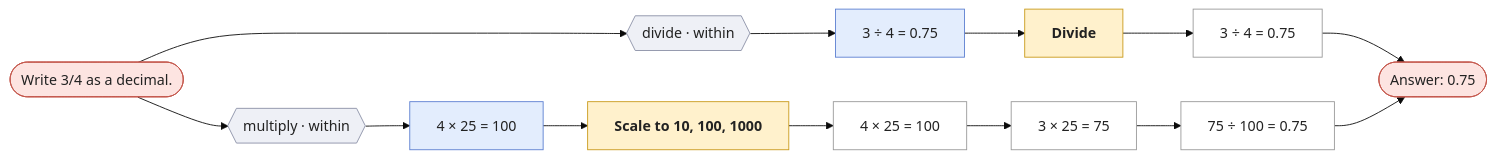
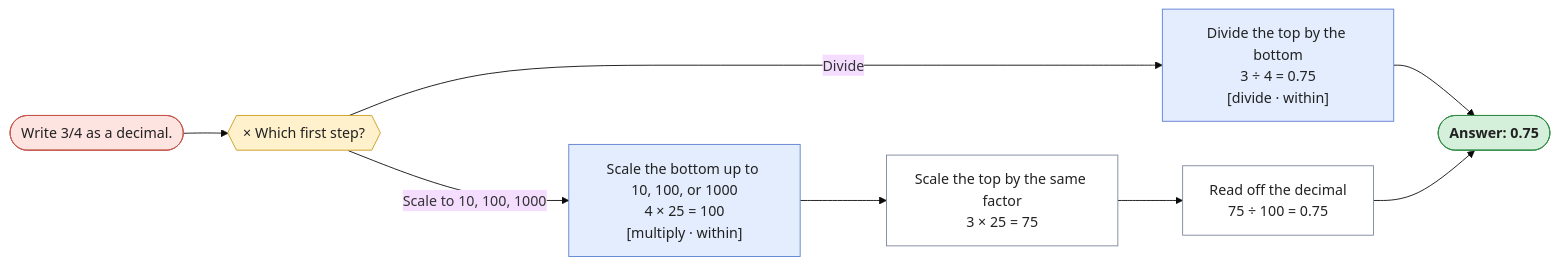
The diagram in docs/svg/to-decimal-1.mmd (rahuldave/ProblemSolving), drawn with Mermaid (base theme) before and after one commit. The commit also changed 205 other files, not shown here.

First line of the commit message:
Rework data and diagrams around one step language and graph grammar

```diff
--- a/docs/svg/to-decimal-1.mmd
+++ b/docs/svg/to-decimal-1.mmd
@@ -1,37 +1,25 @@
 flowchart LR
   n0(["Write 3/4 as a decimal."])
   n1(["Answer: 0.75"])
-  n2["Divide"]
-  n3["3 ÷ 4 = 0.75"]
-  n2 --> n3
+  n2{{"× Which first step?"}}
+  n3["Divide the top by the bottom<br/>3 ÷ 4 = 0.75<br/>[divide · within]"]
+  n4["Scale the bottom up to 10, 100, or 1000<br/>4 × 25 = 100<br/>[multiply · within]"]
+  n5["Scale the top by the same factor<br/>3 × 25 = 75"]
+  n6["Read off the decimal<br/>75 ÷ 100 = 0.75"]
+  n0 --> n2
+  n2 -->|"Divide"| n3
   n3 --> n1
-  n4["Scale to 10, 100, 1000"]
-  n5["4 × 25 = 100"]
+  n2 -->|"Scale to 10, 100, 1000"| n4
+  n5 --> n6
+  n6 --> n1
   n4 --> n5
-  n6["3 × 25 = 75"]
-  n5 --> n6
-  n7["75 ÷ 100 = 0.75"]
-  n6 --> n7
-  n7 --> n1
-  n8["3 ÷ 4 = 0.75"]
-  n9{{"divide · within"}}
-  n0 --> n9
-  n9 --> n8
-  n8 --> n2
-  n10["4 × 25 = 100"]
-  n11{{"multiply · within"}}
-  n0 --> n11
-  n11 --> n10
-  n10 --> n4
-  classDef cls fill:#eef0f6,stroke:#8a90a6,color:#222
-  classDef first fill:#e3edfd,stroke:#5b7fd1,color:#222
-  classDef second fill:#efe6fb,stroke:#8b63c9,color:#222
-  classDef method fill:#fff1cc,stroke:#c99a1a,color:#222,font-weight:bold
-  classDef skill fill:#e3f4e6,stroke:#3f9a55,stroke-dasharray:5 3,color:#222
-  classDef step fill:#ffffff,stroke:#999,color:#222
-  classDef ans fill:#fde4e1,stroke:#c4554a,color:#222
-  class n9,n11 cls
-  class n8,n10 first
-  class n2,n4 method
-  class n3,n5,n6,n7 step
-  class n0,n1 ans
+  classDef k_choice fill:#fff1cc,stroke:#c99a1a,color:#222
+  classDef k_end fill:#d4f0da,stroke:#2f8a45,color:#222,font-weight:bold
+  classDef k_first fill:#e3edfd,stroke:#5b7fd1,color:#222
+  classDef k_start fill:#fde4e1,stroke:#c4554a,color:#222
+  classDef k_step fill:#ffffff,stroke:#7a8599,color:#222
+  class n2 k_choice
+  class n1 k_end
+  class n3,n4 k_first
+  class n0 k_start
+  class n5,n6 k_step
```
